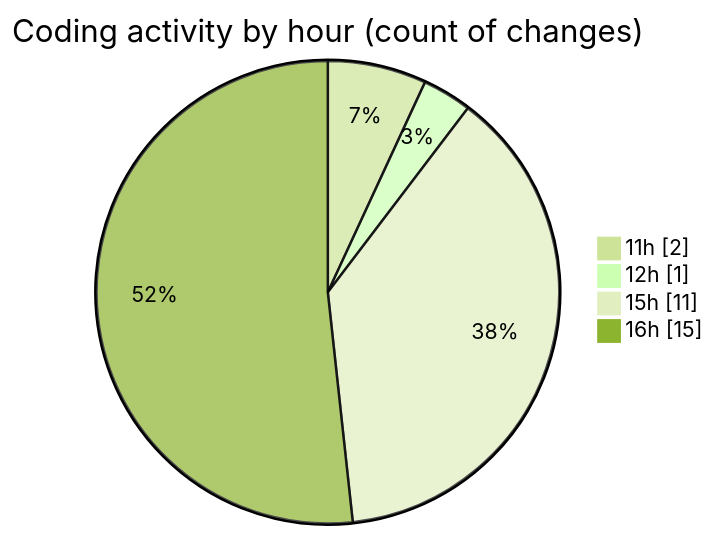
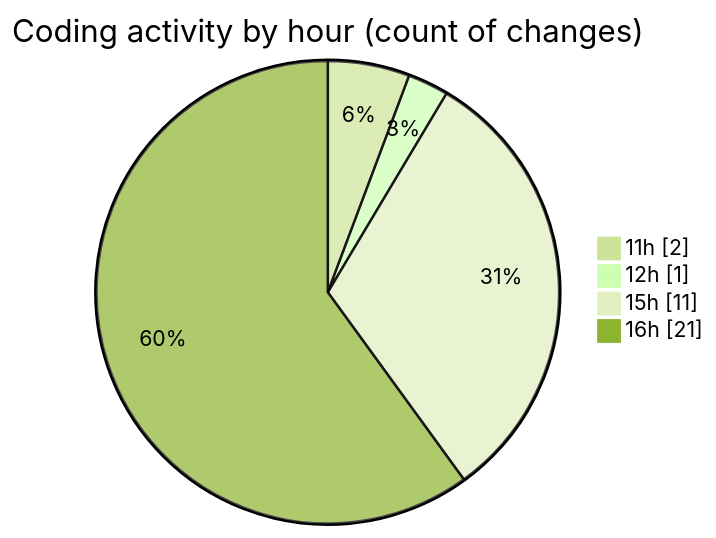
Before and after one commit to nxtqubesakshisongat/code-tracking: the second of 2 diagrams in 2025-06-16/nxtqube_webapp/README.md, drawn with Mermaid (forest theme). The commit also changed other lines of this file and 1 other file, not shown here.

````diff
--- a/2025-06-16/nxtqube_webapp/README.md
+++ b/2025-06-16/nxtqube_webapp/README.md
@@ -30,8 +30,8 @@
 ```mermaid
 pie showData
 title Coding activity by hour (count of changes)
 "11h" : 2
 "12h" : 1
 "15h" : 11
-"16h" : 15
+"16h" : 21
 ```
````
